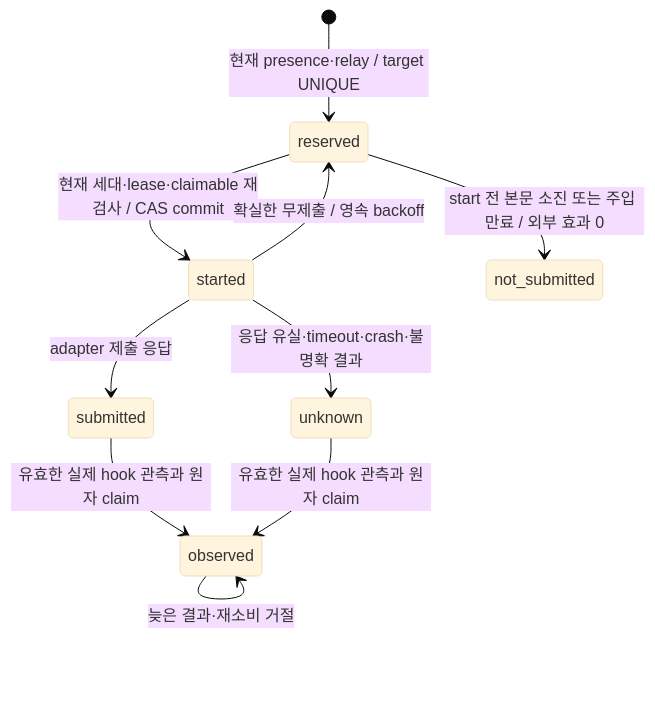
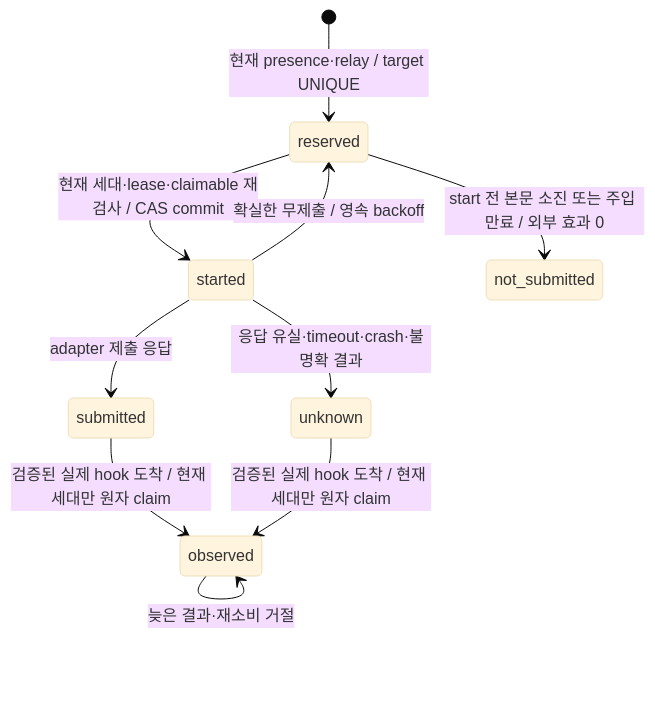
Before and after one commit to jaeseongs95/agent-governance-suite: the second of 2 diagrams in docs/session-message-lifecycle.md, drawn with Mermaid (base theme). The commit also changed other lines of this file and 6 other files, not shown here.

````diff
--- a/docs/session-message-lifecycle.md
+++ b/docs/session-message-lifecycle.md
@@ -62,12 +62,12 @@
 ```mermaid
 stateDiagram-v2
     [*] --> reserved: 현재 presence·relay / target UNIQUE
     reserved --> started: 현재 세대·lease·claimable 재검사 / CAS commit
     reserved --> not_submitted: start 전 본문 소진 또는 주입 만료 / 외부 효과 0
     started --> submitted: adapter 제출 응답
     started --> unknown: 응답 유실·timeout·crash·불명확 결과
     started --> reserved: 확실한 무제출 / 영속 backoff
-    submitted --> observed: 유효한 실제 hook 관측과 원자 claim
-    unknown --> observed: 유효한 실제 hook 관측과 원자 claim
+    submitted --> observed: 검증된 실제 hook 도착 / 현재 세대만 원자 claim
+    unknown --> observed: 검증된 실제 hook 도착 / 현재 세대만 원자 claim
     observed --> observed: 늦은 결과·재소비 거절
 ```
````
